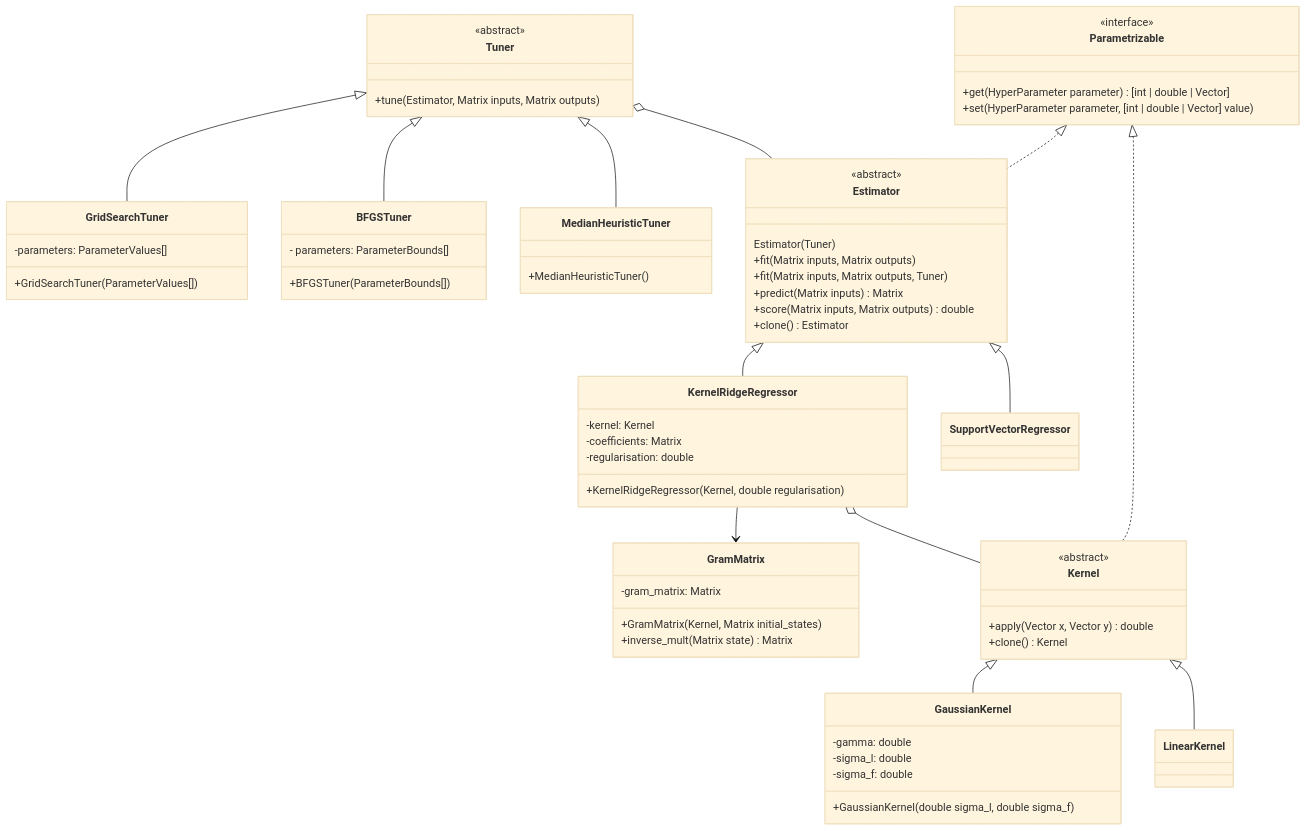
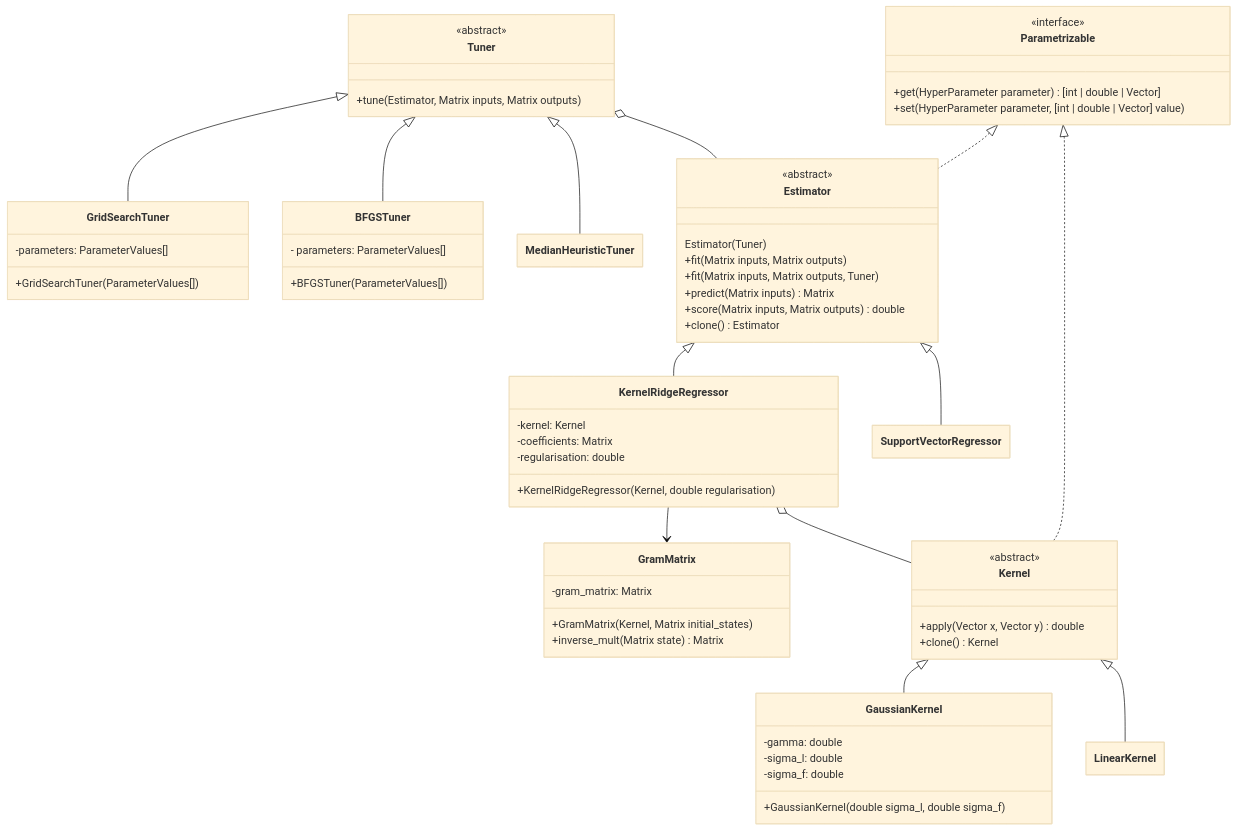
One commit to TendTo/lucid changed the first of 3 diagrams in docs/Design.md. Above: the diagram before and after it, drawn with Mermaid (base theme). The commit also changed 1 other file, not shown here.

````diff
--- a/docs/Design.md
+++ b/docs/Design.md
@@ -5,77 +5,81 @@
 ```mermaid
+---
+  config:
+    class:
+      hideEmptyMembersBox: true
+---
 classDiagram
     class Tuner {
         <<abstract>>
         +tune(Estimator, Matrix inputs, Matrix outputs)
     }
     class GridSearchTuner {
         -parameters: ParameterValues[]
         +GridSearchTuner(ParameterValues[])
     }
     class BFGSTuner {
-        - parameters: ParameterBounds[]
-        +BFGSTuner(ParameterBounds[])
+        - parameters: ParameterValues[]
+        +BFGSTuner(ParameterValues[])
     }
     class MedianHeuristicTuner {
-        +MedianHeuristicTuner()
     }
 
     class Parametrizable {
         <<interface>>
         +get(HyperParameter parameter) [int | double | Vector]
         +set(HyperParameter parameter, [int | double | Vector] value)
     }
     class Estimator {
         <<abstract>>
         Estimator(Tuner)
         +fit(Matrix inputs, Matrix outputs)
         +fit(Matrix inputs, Matrix outputs, Tuner)
         +predict(Matrix inputs) Matrix
         +score(Matrix inputs, Matrix outputs) double
         +clone() Estimator
     }
     class KernelRidgeRegressor {
         -kernel: Kernel
         -coefficients: Matrix
         -regularisation: double
         +KernelRidgeRegressor(Kernel, double regularisation)
     }
     class SupportVectorRegressor
 
     class Kernel {
         <<abstract>>
         +apply(Vector x, Vector y) double
         +clone() Kernel
     }
     class GaussianKernel {
         -gamma: double
         -sigma_l: double
         -sigma_f: double
         +GaussianKernel(double sigma_l, double sigma_f)
     }
     class LinearKernel
 
     class GramMatrix {
         -gram_matrix: Matrix
         +GramMatrix(Kernel, Matrix initial_states)
         +inverse_mult(Matrix state) Matrix
     }
 
     Tuner <|-- GridSearchTuner
     Tuner <|-- BFGSTuner
     Tuner <|-- MedianHeuristicTuner
 
     Parametrizable <|.. Estimator
     Parametrizable <|.. Kernel
 
     Estimator <|-- KernelRidgeRegressor
     Estimator <|-- SupportVectorRegressor
 
 
     Kernel <|-- GaussianKernel
     Kernel <|-- LinearKernel
 
     KernelRidgeRegressor --> GramMatrix
     Tuner o-- Estimator
     KernelRidgeRegressor o-- Kernel
 ```
````
